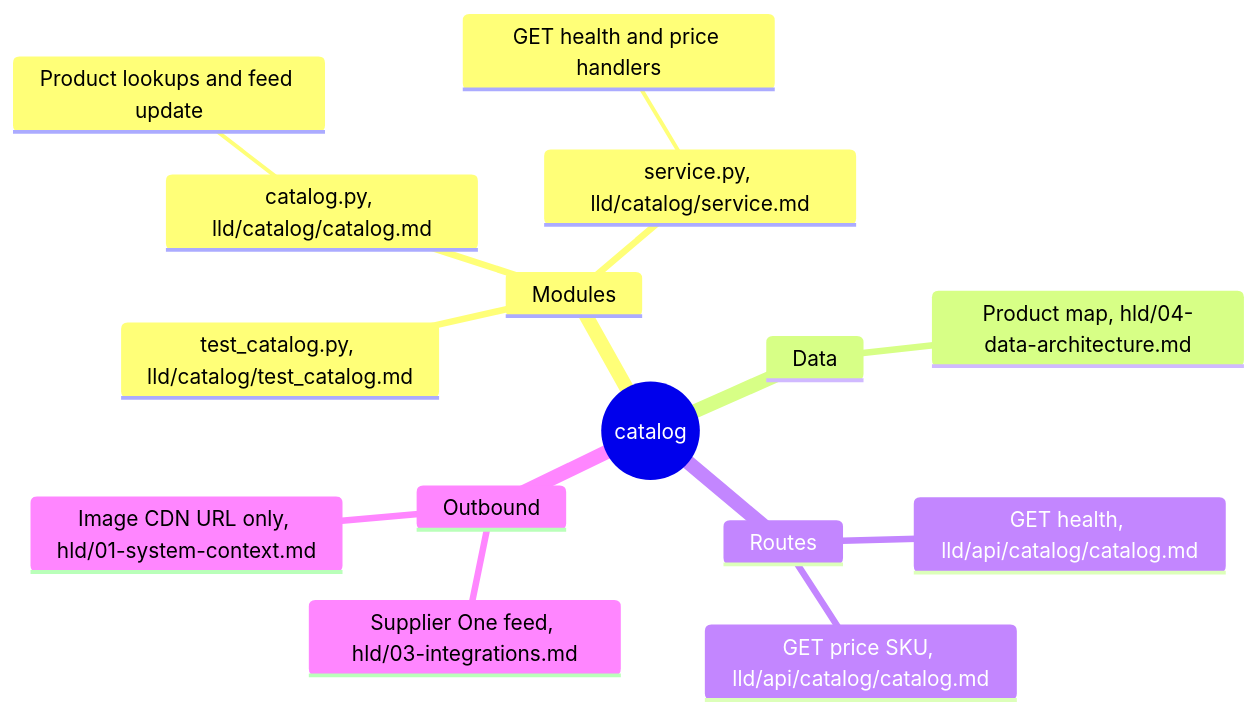
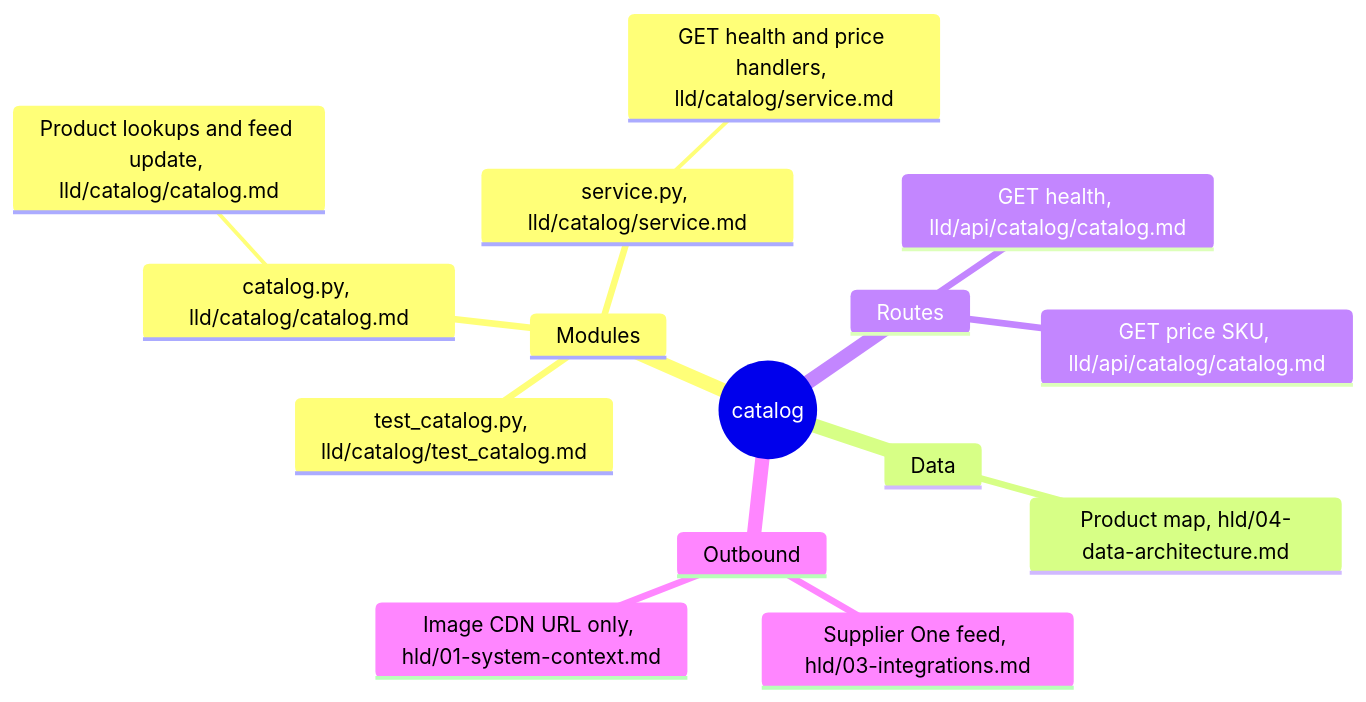
Before and after one commit to vishalc412/bible-mode-b-test: the second of 5 diagrams in codebase-analysis/00-mind-map.md, drawn with Mermaid. The commit also changed other lines of this file and 38 other files, not shown here.

````diff
--- a/codebase-analysis/00-mind-map.md
+++ b/codebase-analysis/00-mind-map.md
@@ -44,18 +44,18 @@
 ```mermaid
 mindmap
   root((catalog))
     Modules
       catalog.py, lld/catalog/catalog.md
-        Product lookups and feed update
+        Product lookups and feed update, lld/catalog/catalog.md
       service.py, lld/catalog/service.md
-        GET health and price handlers
+        GET health and price handlers, lld/catalog/service.md
       test_catalog.py, lld/catalog/test_catalog.md
     Data
       Product map, hld/04-data-architecture.md
     Routes
       GET health, lld/api/catalog/catalog.md
       GET price SKU, lld/api/catalog/catalog.md
     Outbound
       Supplier One feed, hld/03-integrations.md
       Image CDN URL only, hld/01-system-context.md
 ```
````
